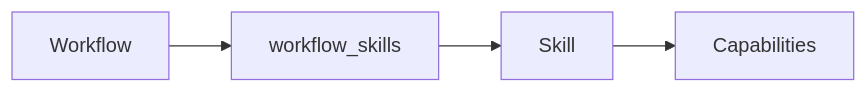
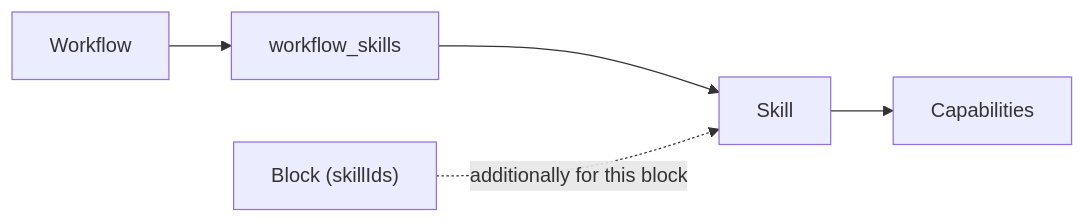
Before and after one commit to FLSEST/MySuricates: the second of 3 diagrams in docs/en/skills-diagrams.md, drawn with Mermaid. The commit also changed other lines of this file and 5 other files, not shown here.

First line of the commit message:
docs(diagramme): Skills page follows gateway, context file and write protection of the capabilities

````diff
--- a/docs/en/skills-diagrams.md
+++ b/docs/en/skills-diagrams.md
@@ -26,6 +33,7 @@
 ```mermaid
 flowchart LR
     SK["Skill"] --> CAP["Capabilities"]
     WF["Workflow"] --> SKW["workflow_skills"]
     SKW --> SK
+    BL["Block (skillIds)"] -.->|"additionally for this block"| SK
 ```
````
